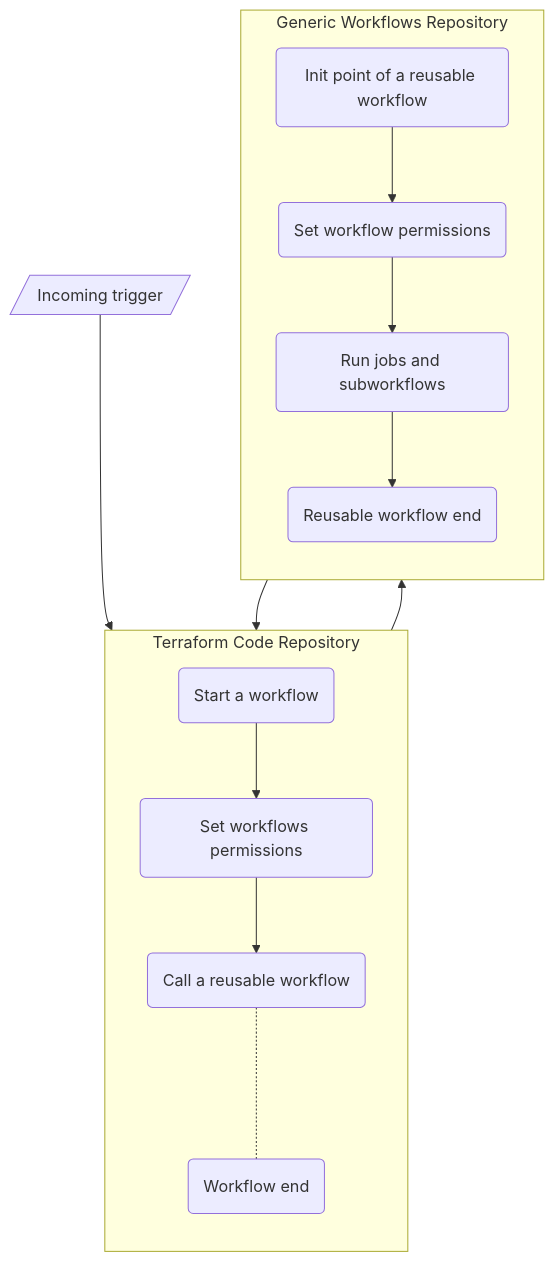
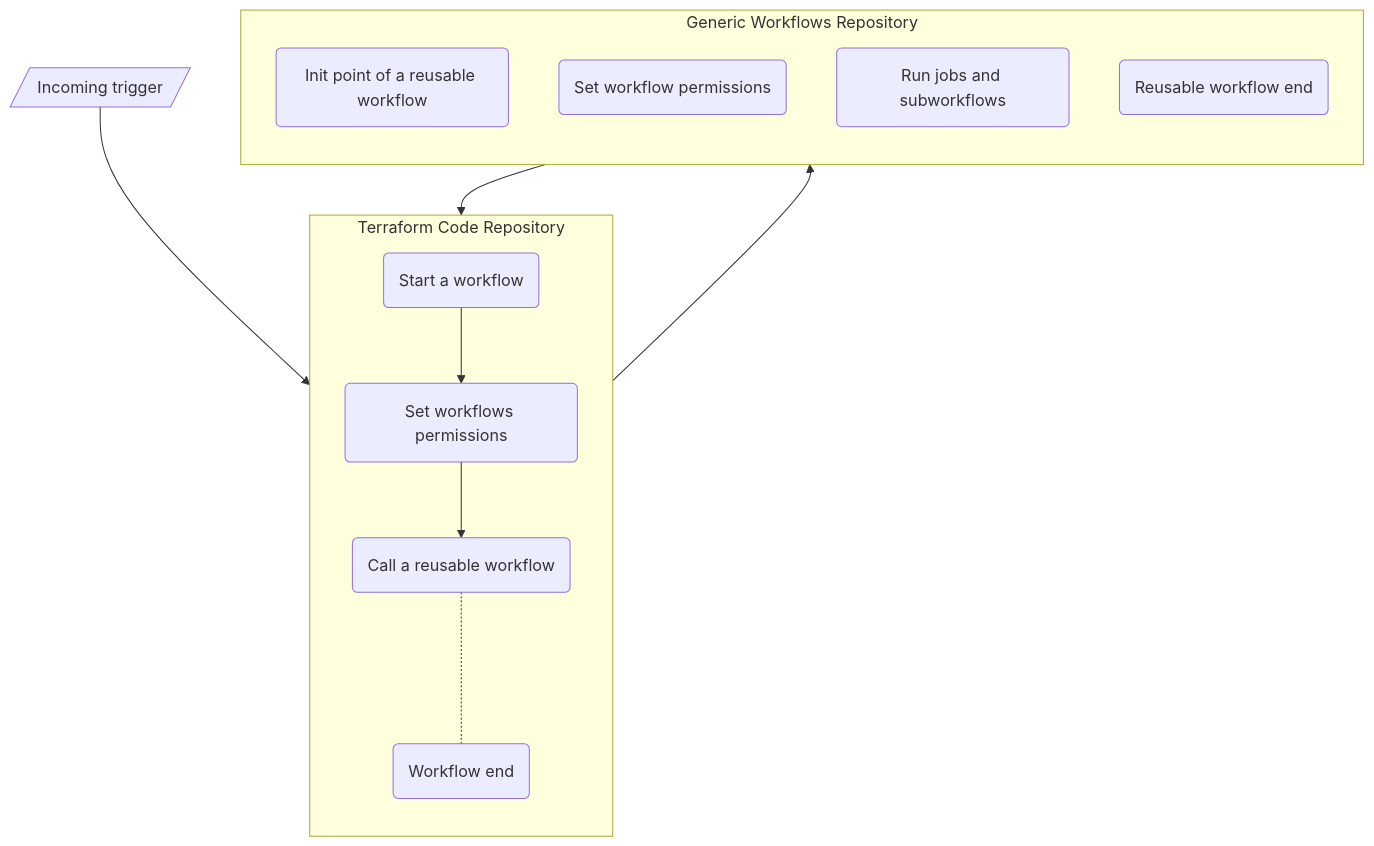
Before and after one commit to PaloAltoNetworks/terraform-modules-swfw-ci-workflows: the first of 2 diagrams in README.md, drawn with Mermaid. The commit also changed other lines of this file and 6 other files, not shown here.

````diff
--- a/README.md
+++ b/README.md
@@ -19,18 +25,19 @@
 ```mermaid
 flowchart
   trig[/Incoming trigger/] --> t_start
   subgraph T [Terraform Code Repository]
     direction TB
     t_start(Start a workflow)-->t_init(Set workflows permissions)
     t_init-->t_call(Call a reusable workflow)
     t_call-..-t_stop(Workflow end)
   end
   subgraph G [Generic Workflows Repository]
     direction TB
-    g_start(Init point of a reusable workflow)-->g_init(Set workflow permissions)
-    g_init-->g_jobs(Run jobs and subworkflows)
-    g_jobs-->g_stop(Reusable workflow end)
+    g_start(Init point of a reusable workflow)
+    g_init(Set workflow permissions)
+    g_jobs(Run jobs and subworkflows)
+    g_stop(Reusable workflow end)
   end
     t_call-->g_start
     g_stop-->t_stop
 ```
````
